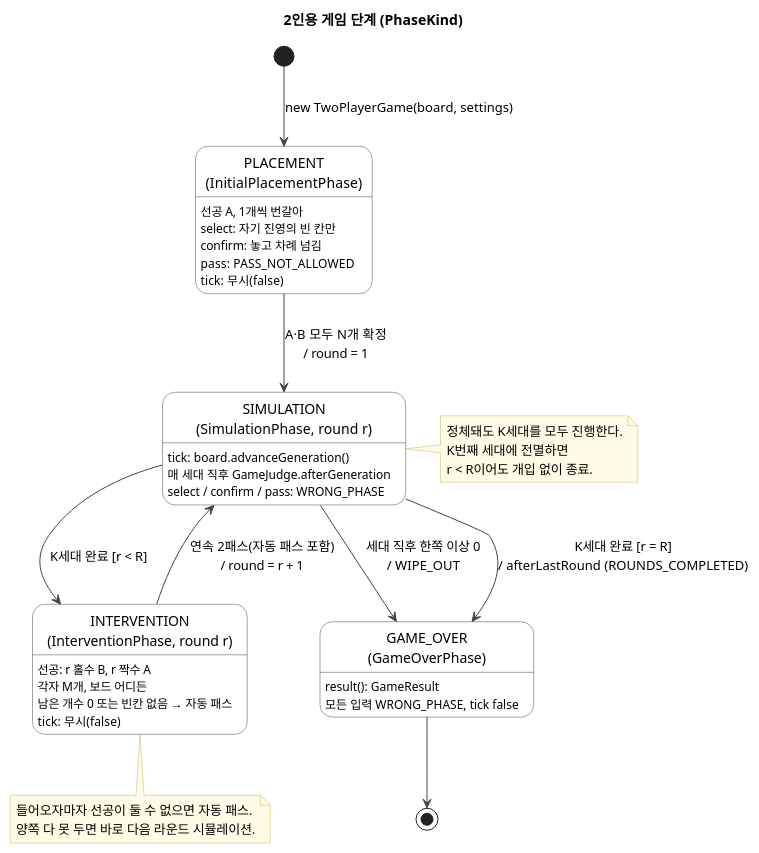
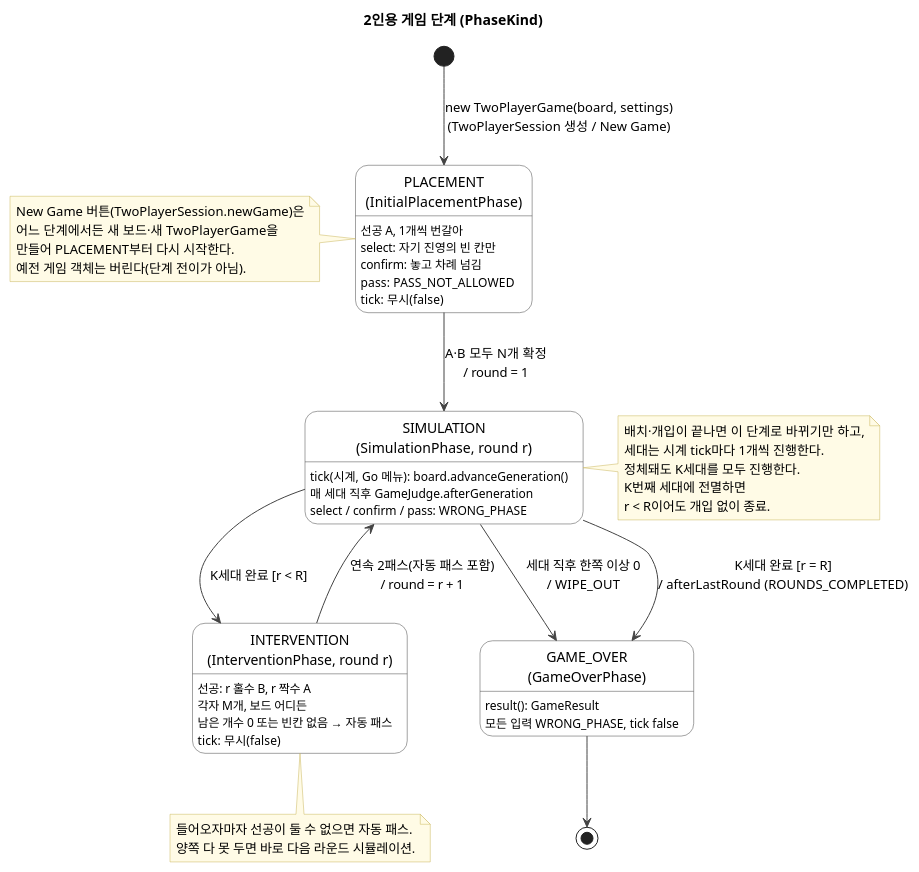
Before and after one commit to DesignPattern8/DPTermProject: the diagram in Codes/GameOfLife/src/com/holub/life/twoplayer/docs/diagrams/twoplayer-game-phase-state.puml, drawn with PlantUML. The commit also changed 8 other files, not shown here.

Commit message:
docs: 클래스·라운드 시퀀스·단계 상태 다이어그램을 현재 코드로 갱신 (TwoPlayerSession, 시계·패널 호출 경로, New Game) (#8)

```diff
--- a/Codes/GameOfLife/src/com/holub/life/twoplayer/docs/diagrams/twoplayer-game-phase-state.puml
+++ b/Codes/GameOfLife/src/com/holub/life/twoplayer/docs/diagrams/twoplayer-game-phase-state.puml
@@ -1,62 +1,72 @@
 @startuml twoplayer-game-phase-state
 ' 2인용 게임 단계 상태 다이어그램
 ' 근거: rules.md 4장(게임 진행)·6장(종료), 003-game-phase.md, 005-cell-count-and-judge.md
-' 코드: com.holub.life.twoplayer — TwoPlayerGame, InitialPlacementPhase, SimulationPhase, InterventionPhase, GameOverPhase
+' 코드: com.holub.life.twoplayer — TwoPlayerGame, InitialPlacementPhase, SimulationPhase, InterventionPhase, GameOverPhase,
+'       TwoPlayerSession(게임 생성·New Game) (feature/base cd72be6)
 skinparam defaultFontName "Noto Sans CJK KR"
 skinparam shadowing false
 skinparam state {
   BackgroundColor #FFFFFF
   BorderColor #444444
   ArrowColor #444444
   StartColor #444444
   EndColor #444444
 }
 skinparam note {
   BackgroundColor #FFFBE6
   BorderColor #C9B458
 }
 
 title 2인용 게임 단계 (PhaseKind)
 
-[*] --> Placement : new TwoPlayerGame(board, settings)
+[*] --> Placement : new TwoPlayerGame(board, settings)\n(TwoPlayerSession 생성 / New Game)
 
 state "PLACEMENT\n(InitialPlacementPhase)" as Placement
 Placement : 선공 A, 1개씩 번갈아
 Placement : select: 자기 진영의 빈 칸만
 Placement : confirm: 놓고 차례 넘김
 Placement : pass: PASS_NOT_ALLOWED
 Placement : tick: 무시(false)
 
 state "SIMULATION\n(SimulationPhase, round r)" as Simulation
-Simulation : tick: board.advanceGeneration()
+Simulation : tick(시계, Go 메뉴): board.advanceGeneration()
 Simulation : 매 세대 직후 GameJudge.afterGeneration
 Simulation : select / confirm / pass: WRONG_PHASE
 
 state "INTERVENTION\n(InterventionPhase, round r)" as Intervention
 Intervention : 선공: r 홀수 B, r 짝수 A
 Intervention : 각자 M개, 보드 어디든
 Intervention : 남은 개수 0 또는 빈칸 없음 → 자동 패스
 Intervention : tick: 무시(false)
 
 state "GAME_OVER\n(GameOverPhase)" as GameOver
 GameOver : result(): GameResult
 GameOver : 모든 입력 WRONG_PHASE, tick false
 
 Placement --> Simulation : A·B 모두 N개 확정\n/ round = 1
 Simulation --> GameOver : 세대 직후 한쪽 이상 0\n/ WIPE_OUT
 Simulation --> Intervention : K세대 완료 [r < R]
 Simulation --> GameOver : K세대 완료 [r = R]\n/ afterLastRound (ROUNDS_COMPLETED)
 Intervention --> Simulation : 연속 2패스(자동 패스 포함)\n/ round = r + 1
 GameOver --> [*]
 
+note left of Placement
+  New Game 버튼(TwoPlayerSession.newGame)은
+  어느 단계에서든 새 보드·새 TwoPlayerGame을
+  만들어 PLACEMENT부터 다시 시작한다.
+  예전 게임 객체는 버린다(단계 전이가 아님).
+end note
+
 note right of Simulation
+  배치·개입이 끝나면 이 단계로 바뀌기만 하고,
+  세대는 시계 tick마다 1개씩 진행한다.
   정체돼도 K세대를 모두 진행한다.
   K번째 세대에 전멸하면
   r < R이어도 개입 없이 종료.
 end note
 
 note bottom of Intervention
   들어오자마자 선공이 둘 수 없으면 자동 패스.
   양쪽 다 못 두면 바로 다음 라운드 시뮬레이션.
 end note
 @enduml
```
